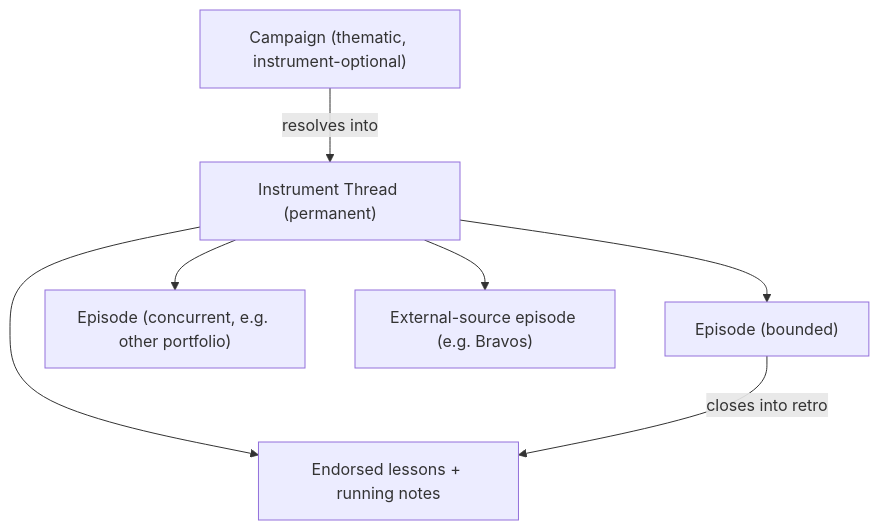
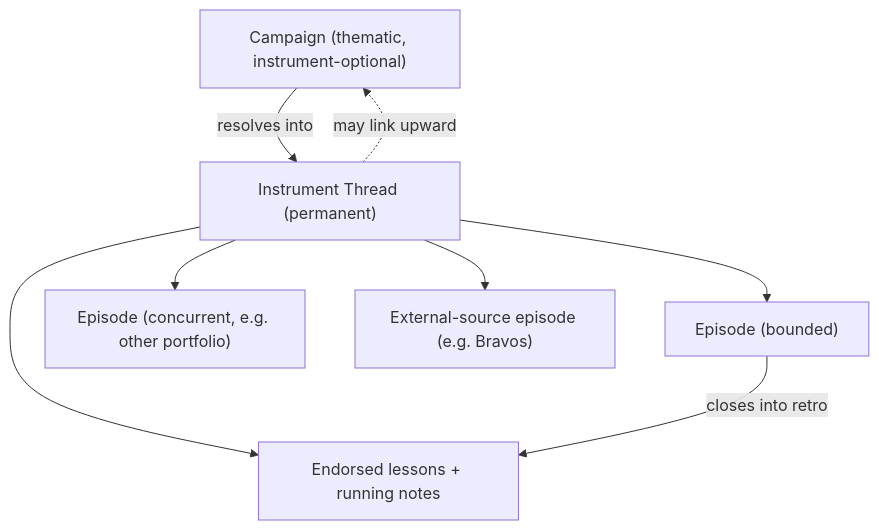
Before and after one commit to Jacksondr5/trade-tracker: the diagram in docs/product/instrument-threads.md, drawn with Mermaid. The commit also changed other lines of this file and 10 other files, not shown here.

````diff
--- a/docs/product/instrument-threads.md
+++ b/docs/product/instrument-threads.md
@@ -34,9 +34,10 @@
 ```mermaid
 flowchart TD
     C["Campaign (thematic, instrument-optional)"] -->|resolves into| T["Instrument Thread (permanent)"]
+    T -.->|may link upward| C
     T --> E1["Episode (bounded)"]
     T --> E2["Episode (concurrent, e.g. other portfolio)"]
     T --> X["External-source episode (e.g. Bravos)"]
     T --> M["Endorsed lessons + running notes"]
     E1 -->|closes into retro| M
 ```
````
